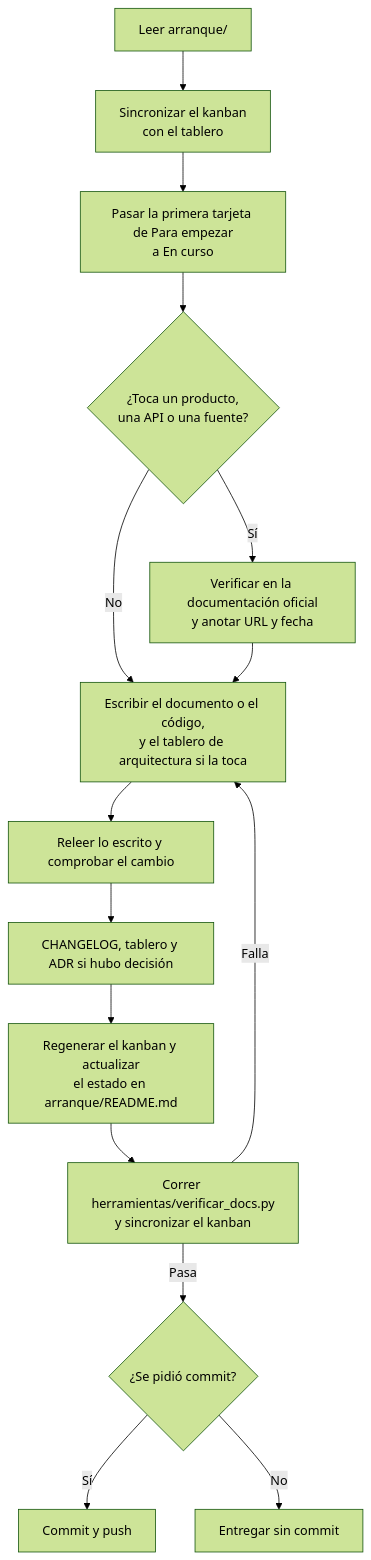
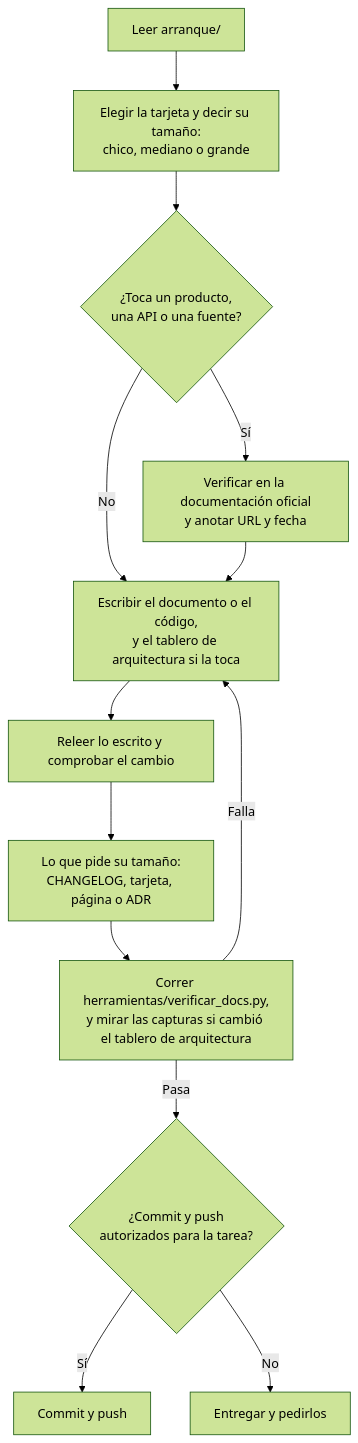
Before and after one commit to andresdiegolanda/el-parte: the diagram in arranque/como-se-trabaja.md, drawn with Mermaid (forest theme). The commit also changed other lines of this file and 40 other files, not shown here.

````diff
--- a/arranque/como-se-trabaja.md
+++ b/arranque/como-se-trabaja.md
@@ -7,17 +7,15 @@
 ```mermaid
 flowchart TD
-    A[Leer arranque/] --> S[Sincronizar el kanban<br/>con el tablero]
-    S --> B[Pasar la primera tarjeta de Para empezar<br/>a En curso]
+    A[Leer arranque/] --> B[Elegir la tarjeta y decir su tamaño:<br/>chico, mediano o grande]
     B --> C{¿Toca un producto,<br/>una API o una fuente?}
     C -- Sí --> D[Verificar en la documentación oficial<br/>y anotar URL y fecha]
     C -- No --> E
     D --> E[Escribir el documento o el código,<br/>y el tablero de arquitectura si la toca]
     E --> F[Releer lo escrito y comprobar el cambio]
-    F --> H[CHANGELOG, tablero y ADR si hubo decisión]
-    H --> I[Regenerar el kanban y actualizar<br/>el estado en arranque/README.md]
-    I --> G[Correr herramientas/verificar_docs.py<br/>y sincronizar el kanban]
+    F --> H[Lo que pide su tamaño:<br/>CHANGELOG, tarjeta, página o ADR]
+    H --> G[Correr herramientas/verificar_docs.py,<br/>y mirar las capturas si cambió el tablero de arquitectura]
     G -- Falla --> E
-    G -- Pasa --> J{¿Se pidió commit?}
+    G -- Pasa --> J{¿Commit y push<br/>autorizados para la tarea?}
     J -- Sí --> K[Commit y push]
-    J -- No --> L[Entregar sin commit]
+    J -- No --> L[Entregar y pedirlos]
 ```
````
